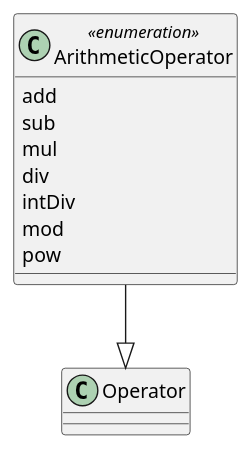
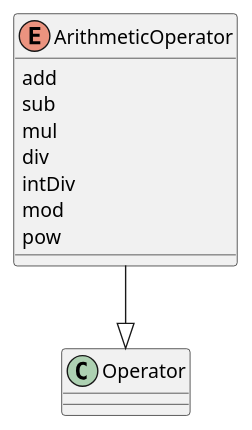
The first of 3 diagrams in core/sections/clause_17_operations.adoc (opengeospatial/styles-and-symbology), drawn with PlantUML before and after one commit. The commit also changed other lines of this file and 8 other files, not shown here.

Commit message:
correction to plantuml naming conventions

```diff
--- a/core/sections/clause_17_operations.adoc
+++ b/core/sections/clause_17_operations.adoc
@@ -11,12 +11,12 @@
 [plantuml, target=diagram-classes, format=png]
 ....
-class ArithmeticOperator <<enumeration>>
+enum ArithmeticOperator
 ArithmeticOperator --|> Operator
 ArithmeticOperator : add
 ArithmeticOperator : sub
 ArithmeticOperator : mul
 ArithmeticOperator : div
 ArithmeticOperator : intDiv
 ArithmeticOperator : mod
 ArithmeticOperator : pow
 ....
```
